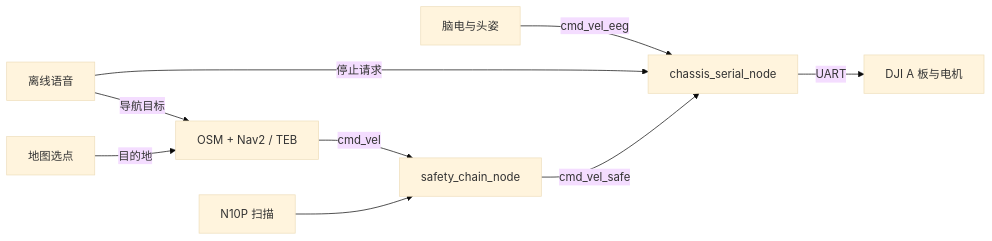
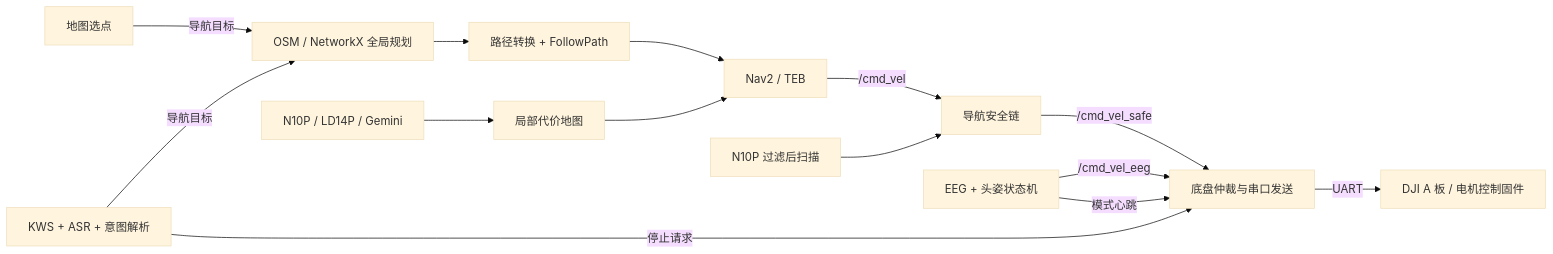
The diagram in README.md (Lh0326/smart-wheelchair), drawn with Mermaid (base theme) before and after one commit. The commit also changed other lines of this file and 1 other file, not shown here.

Commit message:
docs: clarify wheelchair architecture and reproducible setup requirements

````diff
--- a/README.md
+++ b/README.md
@@ -51,11 +49,16 @@
 ```mermaid
 flowchart LR
-    EEG[脑电与头姿] -->|cmd_vel_eeg| CHASSIS[chassis_serial_node]
-    VOICE[离线语音] -->|导航目标| NAV[OSM + Nav2 / TEB]
-    VOICE -->|停止请求| CHASSIS
-    MAP[地图选点] -->|目的地| NAV
-    NAV -->|cmd_vel| SAFETY[safety_chain_node]
-    LIDAR[N10P 扫描] --> SAFETY
-    SAFETY -->|cmd_vel_safe| CHASSIS
-    CHASSIS -->|UART| MOTOR[DJI A 板与电机]
+    MAP[地图选点] -->|导航目标| PLAN[OSM / NetworkX 全局规划]
+    VOICE[KWS + ASR + 意图解析] -->|导航目标| PLAN
+    PLAN --> PATH[路径转换 + FollowPath]
+    PATH --> NAV[Nav2 / TEB]
+    SENSORS[N10P / LD14P / Gemini] --> COSTMAP[局部代价地图]
+    COSTMAP --> NAV
+    NAV -->|/cmd_vel| SAFETY[导航安全链]
+    N10P[N10P 过滤后扫描] --> SAFETY
+    SAFETY -->|/cmd_vel_safe| MUX[底盘仲裁与串口发送]
+    EEG[EEG + 头姿状态机] -->|/cmd_vel_eeg| MUX
+    EEG -->|模式心跳| MUX
+    VOICE -->|停止请求| MUX
+    MUX -->|UART| MCU[DJI A 板 / 电机控制固件]
 ```
````
